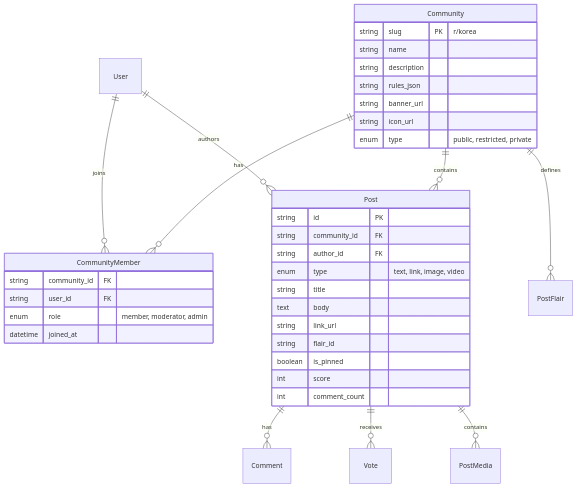
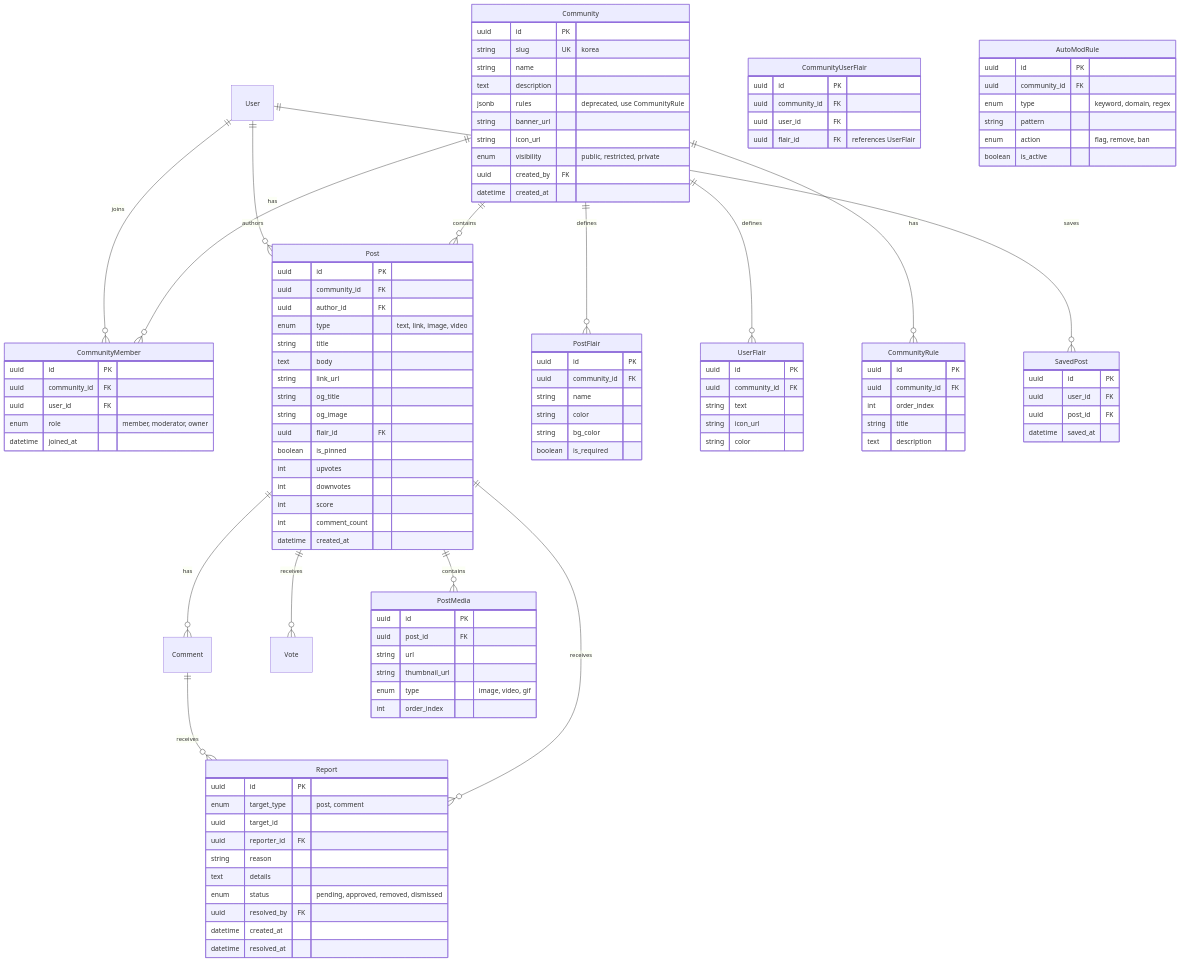
One commit to jonsoku-dev/tokyo-studio changed the diagram in specs/023-subreddit-community/spec.md. Above: the diagram before and after it, drawn with Mermaid. The commit also changed other lines of this file and 1 other file, not shown here.

Commit message:
docs: Expand subreddit community spec with detailed user stories, architecture, phased rollout, ERD, and add OpenAI integration document.

````diff
--- a/specs/023-subreddit-community/spec.md
+++ b/specs/023-subreddit-community/spec.md
@@ -93,40 +159,124 @@
     Community ||--o{ CommunityMember : has
     Community ||--o{ Post : contains
     Community ||--o{ PostFlair : defines
+    Community ||--o{ UserFlair : defines
+    Community ||--o{ CommunityRule : has
     User ||--o{ CommunityMember : joins
     User ||--o{ Post : authors
+    User ||--o{ SavedPost : saves
     Post ||--o{ Comment : has
     Post ||--o{ Vote : receives
     Post ||--o{ PostMedia : contains
+    Post ||--o{ Report : receives
+    Comment ||--o{ Report : receives
     
     Community {
-        string slug PK "r/korea"
+        uuid id PK
+        string slug UK "korea"
         string name
-        string description
-        string rules_json
+        text description
+        jsonb rules "deprecated, use CommunityRule"
         string banner_url
         string icon_url
-        enum type "public, restricted, private"
+        enum visibility "public, restricted, private"
+        uuid created_by FK
+        datetime created_at
     }
 
     CommunityMember {
-        string community_id FK
-        string user_id FK
-        enum role "member, moderator, admin"
+        uuid id PK
+        uuid community_id FK
+        uuid user_id FK
+        enum role "member, moderator, owner"
         datetime joined_at
     }
 
+    CommunityRule {
+        uuid id PK
+        uuid community_id FK
+        int order_index
+        string title
+        text description
+    }
+
     Post {
-        string id PK
-        string community_id FK
-        string author_id FK
+        uuid id PK
+        uuid community_id FK
+        uuid author_id FK
         enum type "text, link, image, video"
         string title
         text body
         string link_url
-        string flair_id
+        string og_title
+        string og_image
+        uuid flair_id FK
         boolean is_pinned
+        int upvotes
+        int downvotes
         int score
         int comment_count
+        datetime created_at
+    }
+
+    PostFlair {
+        uuid id PK
+        uuid community_id FK
+        string name
+        string color
+        string bg_color
+        boolean is_required
+    }
+
+    UserFlair {
+        uuid id PK
+        uuid community_id FK
+        string text
+        string icon_url
+        string color
+    }
+
+    CommunityUserFlair {
+        uuid id PK
+        uuid community_id FK
+        uuid user_id FK
+        uuid flair_id FK "references UserFlair"
+    }
+
+    PostMedia {
+        uuid id PK
+        uuid post_id FK
+        string url
+        string thumbnail_url
+        enum type "image, video, gif"
+        int order_index
+    }
+
+    SavedPost {
+        uuid id PK
+        uuid user_id FK
+        uuid post_id FK
+        datetime saved_at
+    }
+
+    Report {
+        uuid id PK
+        enum target_type "post, comment"
+        uuid target_id
+        uuid reporter_id FK
+        string reason
+        text details
+        enum status "pending, approved, removed, dismissed"
+        uuid resolved_by FK
+        datetime created_at
+        datetime resolved_at
+    }
+
+    AutoModRule {
+        uuid id PK
+        uuid community_id FK
+        enum type "keyword, domain, regex"
+        string pattern
+        enum action "flag, remove, ban"
+        boolean is_active
     }
 ```
````
